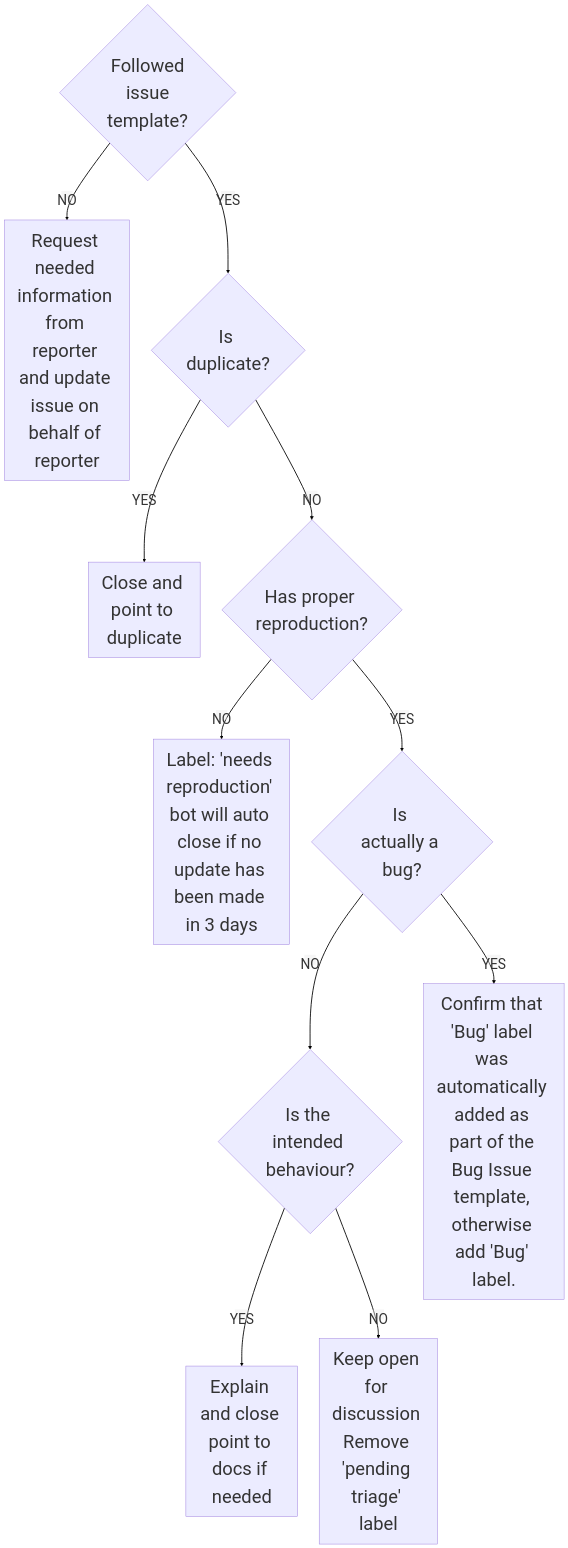
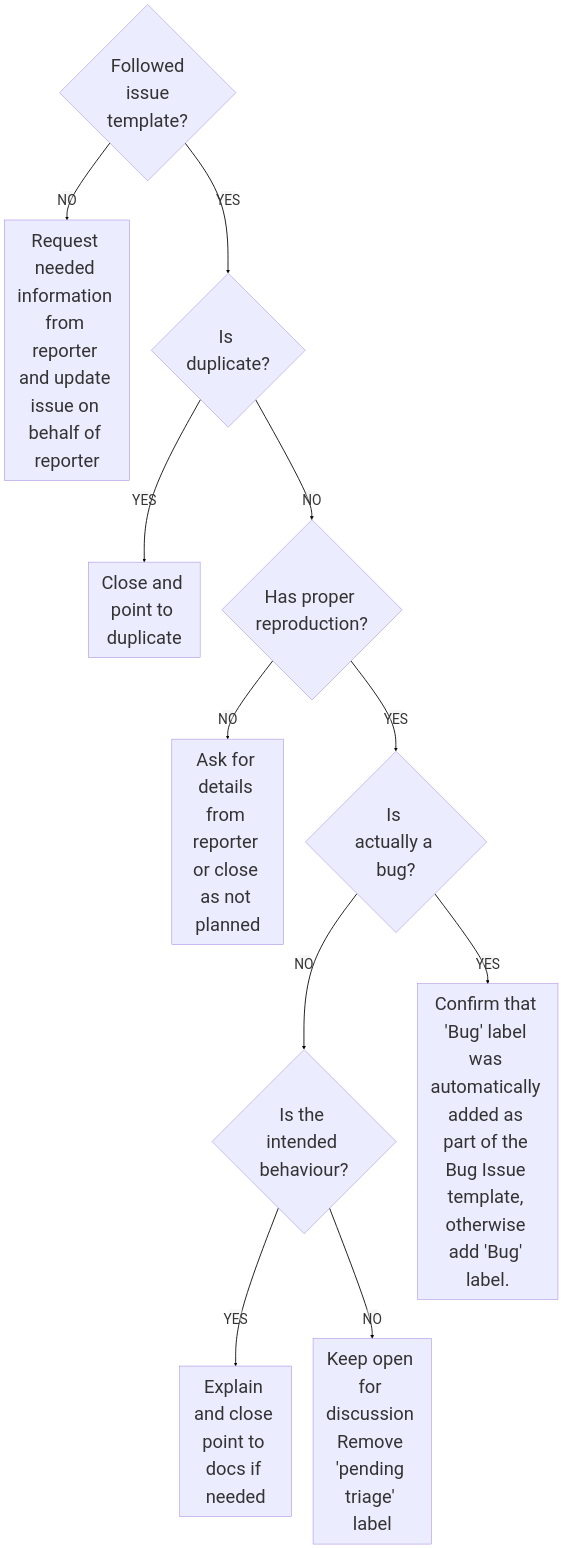
One commit to earthaccess-dev/earthaccess changed the diagram in docs/contributor/triaging.md. Above: the diagram before and after it, drawn with Mermaid.

Commit message:
Remove needs reproduction label in workflow diagram

````diff
--- a/docs/contributor/triaging.md
+++ b/docs/contributor/triaging.md
@@ -132,24 +132,24 @@
 ``` mermaid
 
 flowchart TD
   %%{init: {"flowchart": {"htmlLabels": false}} }%%
   classDef default font-size:32pt;
   start{"`Followed
   issue
   template?`"}
   start ==NO==> close1[Request needed information from reporter and update issue on behalf of reporter]
   start == YES ==> dupe{Is duplicate?}
   dupe == YES ==> close2[Close and point to duplicate]
   dupe == NO ==> repro{Has proper reproduction?}
-  repro == NO ==> close3[Label: 'needs reproduction' bot will auto close if no update has been made in 3 days]
+  repro == NO ==> close3[Ask for details from reporter or close as not planned]
   repro == YES ==> real{Is actually a bug?}
   real == NO ==> intended{Is the intended behaviour?}
   intended == YES ==> explain[Explain and close point to docs if needed]
   intended == NO ==> open[Keep open for discussion Remove 'pending triage' label]
   real == YES ==> real2["Confirm that 'Bug' label was automatically added as part of the Bug Issue template, otherwise add 'Bug' label."]
 
 
   %% Link Color %%
     linkStyle default stroke:black,stroke-width:2px,font-size:24pt;
 
 ```
````
